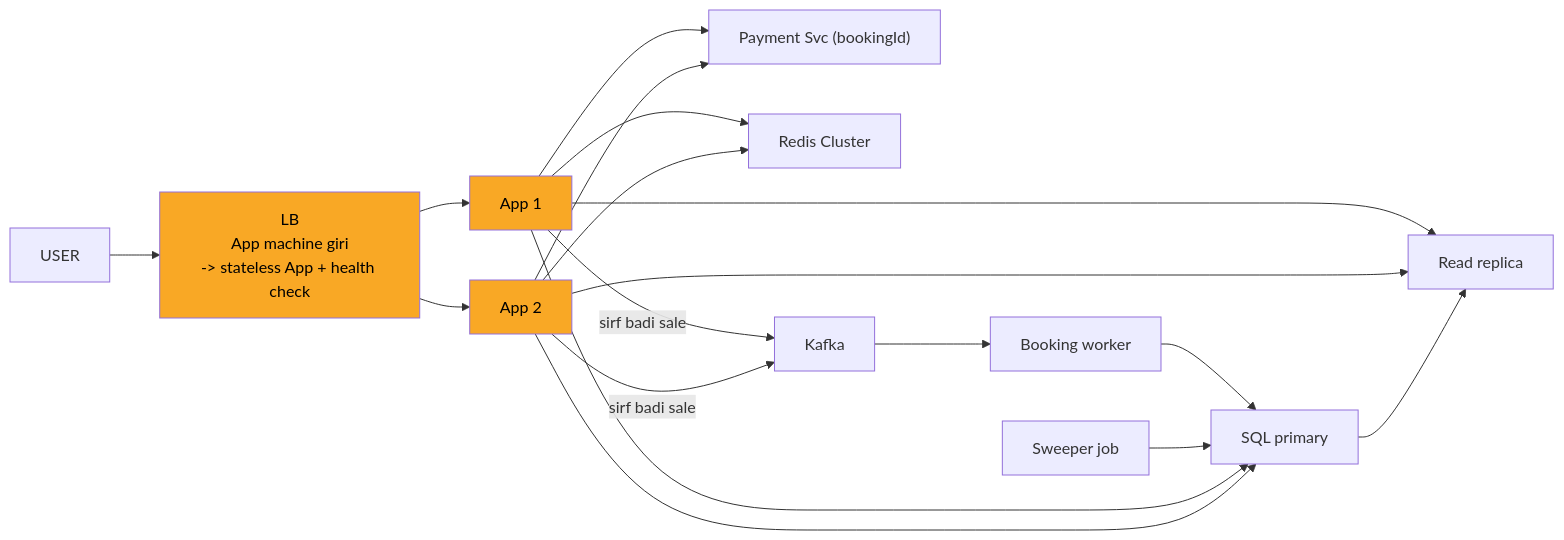
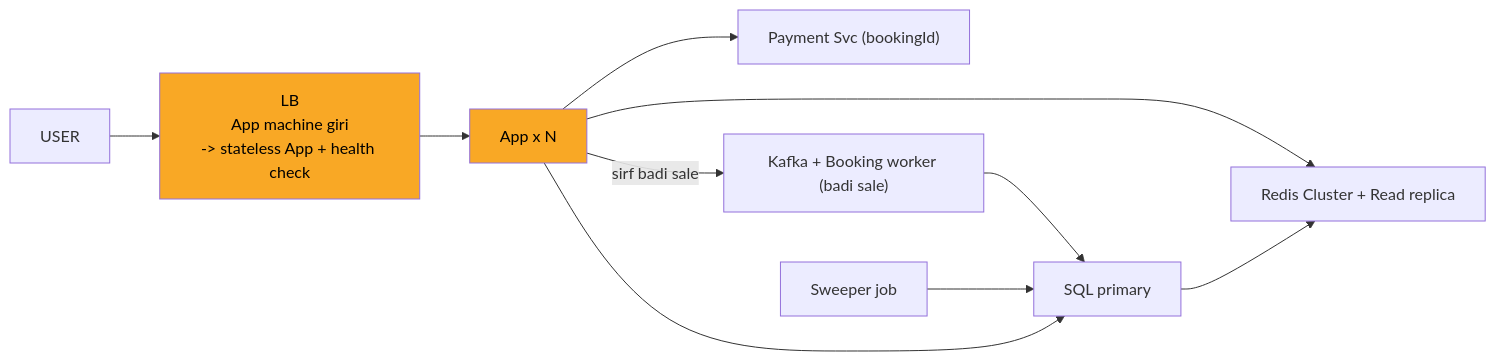
Before and after one commit to ArpanMaheshwari144/Prep: the eighth of 9 diagrams in 04_HLD/SYSTEM_DESIGNS/09_bookmyshow/09_bookmyshow_INTERVIEW.md, drawn with Mermaid. The commit also changed other lines of this file and 11 other files, not shown here.

Commit message:
hld: card diagrams max 8 boxes (App x N, merged stores/chains; full diagram only in AAKHRI DABBA)

````diff
--- a/04_HLD/SYSTEM_DESIGNS/09_bookmyshow/09_bookmyshow_INTERVIEW.md
+++ b/04_HLD/SYSTEM_DESIGNS/09_bookmyshow/09_bookmyshow_INTERVIEW.md
@@ -292,34 +288,22 @@
 ```mermaid
 flowchart LR
     n_USER["USER"]
     n_LB["LB<br/>App machine giri<br/>-> stateless App + health check"]
-    n_App_x_N_1["App 1"]
-    n_App_x_N_2["App 2"]
+    n_App_xN["App x N"]
     n_Payment_Svc["Payment Svc (bookingId)"]
-    n_Redis_Cluster["Redis Cluster"]
-    n_Read_replica["Read replica"]
-    n_Kafka["Kafka"]
-    n_Booking_worker["Booking worker"]
+    n_RRR["Redis Cluster + Read replica"]
+    n_KB["Kafka + Booking worker (badi sale)"]
     n_SQL_primary["SQL primary"]
     n_Sweeper_job["Sweeper job"]
     n_USER --> n_LB
-    n_LB --> n_App_x_N_1
-    n_LB --> n_App_x_N_2
-    n_App_x_N_1 --> n_Payment_Svc
-    n_App_x_N_2 --> n_Payment_Svc
-    n_App_x_N_1 --> n_Redis_Cluster
-    n_App_x_N_2 --> n_Redis_Cluster
-    n_App_x_N_1 --> n_Read_replica
-    n_App_x_N_2 --> n_Read_replica
-    n_App_x_N_1 -->|sirf badi sale| n_Kafka
-    n_App_x_N_2 -->|sirf badi sale| n_Kafka
-    n_Kafka --> n_Booking_worker
-    n_Booking_worker --> n_SQL_primary
+    n_LB --> n_App_xN
+    n_App_xN --> n_Payment_Svc
+    n_App_xN --> n_RRR
+    n_App_xN --> |sirf badi sale| n_KB
+    n_KB --> n_SQL_primary
     n_Sweeper_job --> n_SQL_primary
-    n_App_x_N_1 --> n_SQL_primary
-    n_App_x_N_2 --> n_SQL_primary
-    n_SQL_primary --> n_Read_replica
+    n_App_xN --> n_SQL_primary
+    n_SQL_primary --> n_RRR
     style n_LB fill:#f9a825,color:#000
-    style n_App_x_N_1 fill:#f9a825,color:#000
-    style n_App_x_N_2 fill:#f9a825,color:#000
+    style n_App_xN fill:#f9a825,color:#000
 ```
````
